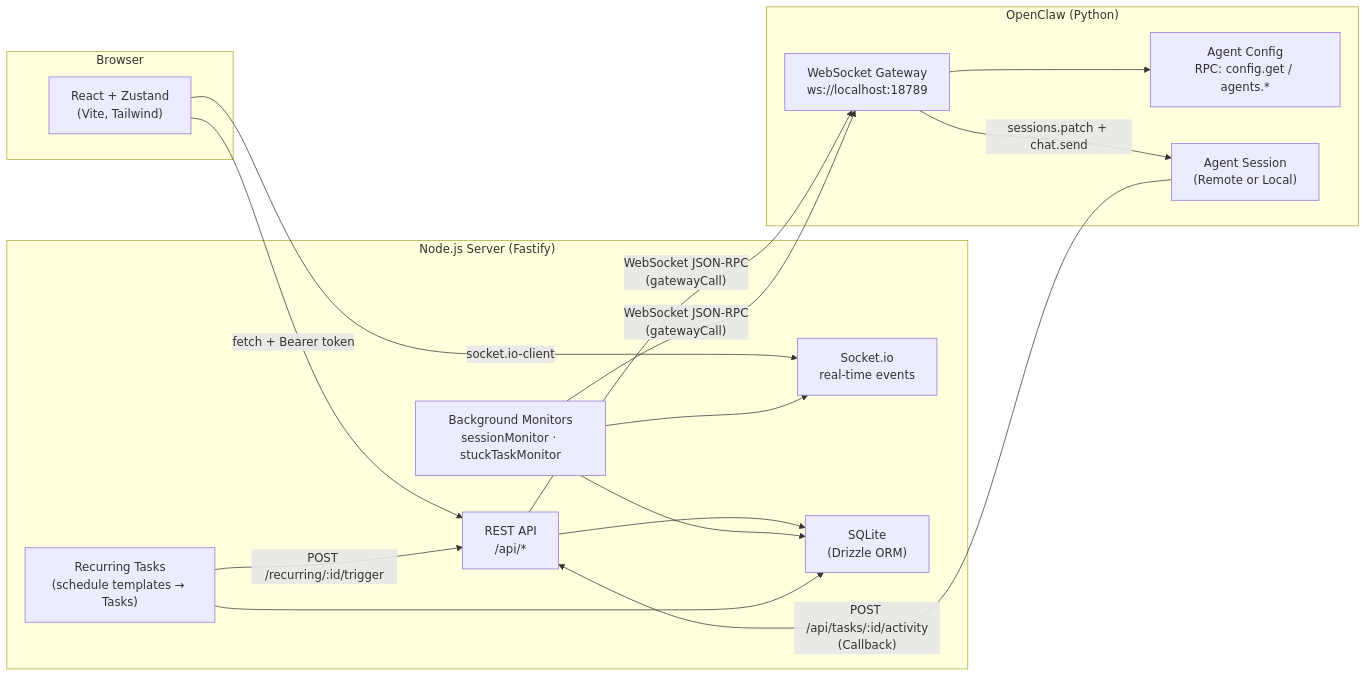
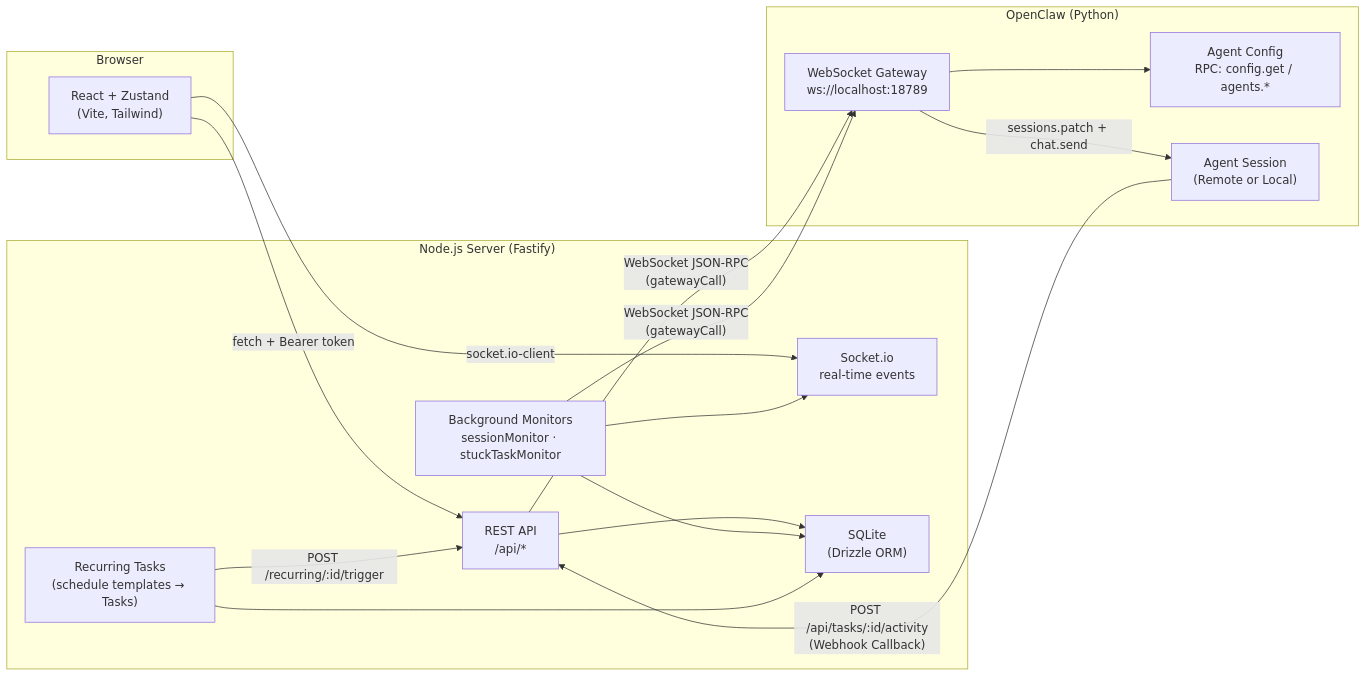
The diagram in README.md (radekstepan/claw-pilot), drawn with Mermaid before and after one commit. The commit also changed other lines of this file and 12 other files, not shown here.

````diff
--- a/README.md
+++ b/README.md
@@ -11,33 +11,33 @@
 ```mermaid
 graph LR
     subgraph Browser
         UI["React + Zustand\n(Vite, Tailwind)"]
     end
 
     subgraph "Node.js Server (Fastify)"
         API["REST API\n/api/*"]
         WS["Socket.io\nreal-time events"]
         DB["SQLite\n(Drizzle ORM)"]
         MON["Background Monitors\nsessionMonitor · stuckTaskMonitor"]
         CRON["Recurring Tasks\n(schedule templates → Tasks)"]
     end
 
     subgraph "OpenClaw (Python)"
         GW["WebSocket Gateway\nws://localhost:18789"]
         CFG["Agent Config\nRPC: config.get / agents.*"]
         AGENT["Agent Session\n(Remote or Local)"]
     end
 
     UI -- "fetch + Bearer token" --> API
     UI -- "socket.io-client" --> WS
     API --> DB
     MON --> DB
     MON --> WS
     CRON --> DB
     CRON -- "POST /recurring/:id/trigger" --> API
     API -- "WebSocket JSON-RPC\n(gatewayCall)" --> GW
     MON -- "WebSocket JSON-RPC\n(gatewayCall)" --> GW
     GW --> CFG
     GW -- "sessions.patch + chat.send" --> AGENT
-    AGENT -- "POST /api/tasks/:id/activity\n(Callback)" --> API
+    AGENT -- "POST /api/tasks/:id/activity\n(Webhook Callback)" --> API
 ```
````
